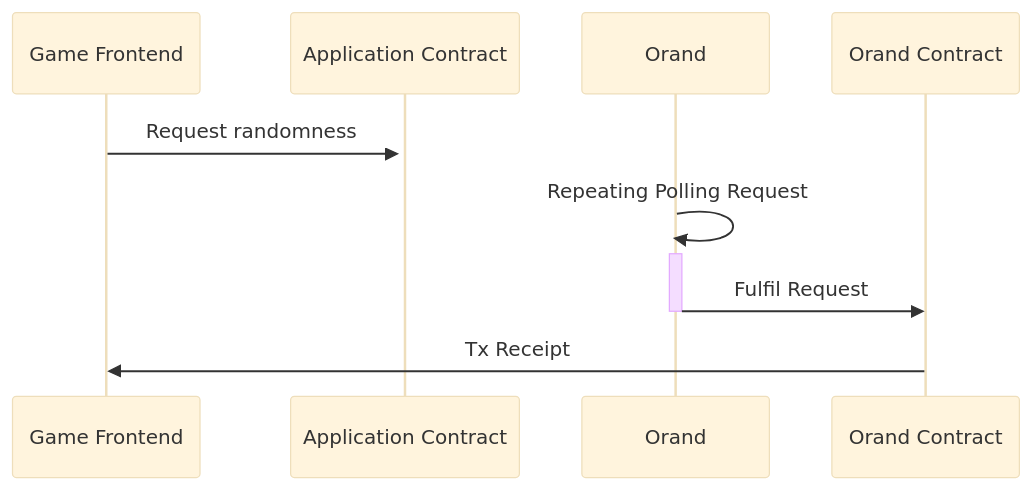
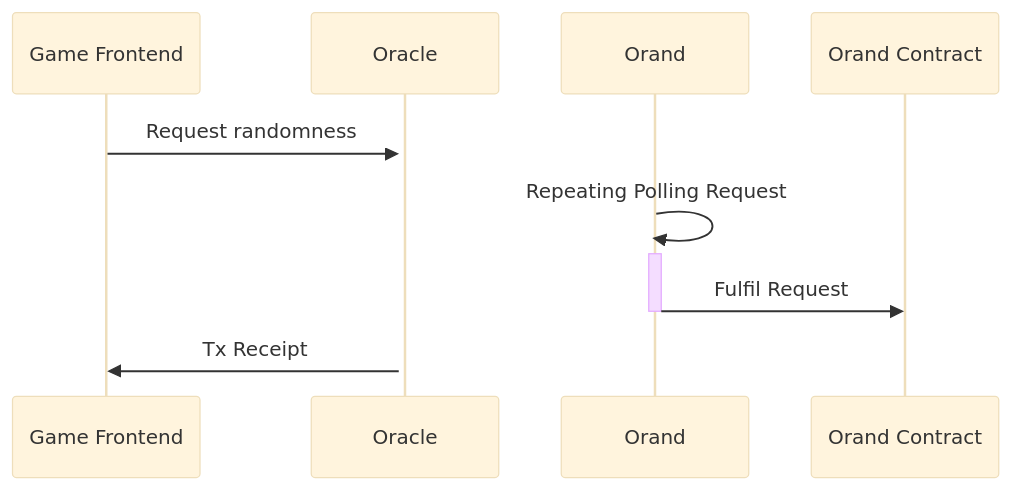
The third of 3 diagrams in src/orochi-network/orand-v2.md (orochi-network/orochi-network.github.io), drawn with Mermaid before and after one commit. The commit also changed other lines of this file and 2 other files, not shown here.

````diff
--- a/src/orochi-network/orand-v2.md
+++ b/src/orochi-network/orand-v2.md
@@ -43,8 +44,8 @@
 ```mermaid
 %%{init: {'theme':'base'}}%%
 sequenceDiagram
-    Game Frontend->>+Application Contract: Request randomness
+    Game Frontend->>+Oracle: Request randomness
     Orand->>+Orand: Repeating Polling Request
     Orand->>-Orand Contract: Fulfil Request
-    Orand Contract->>Game Frontend: Tx Receipt
+    Oracle->>Game Frontend: Tx Receipt
 ```
````
